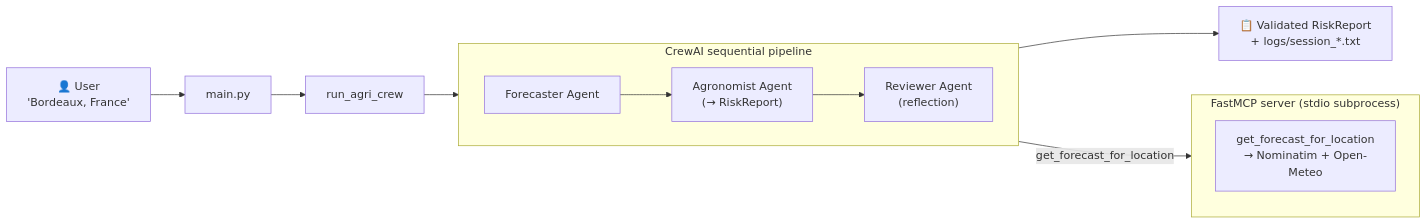
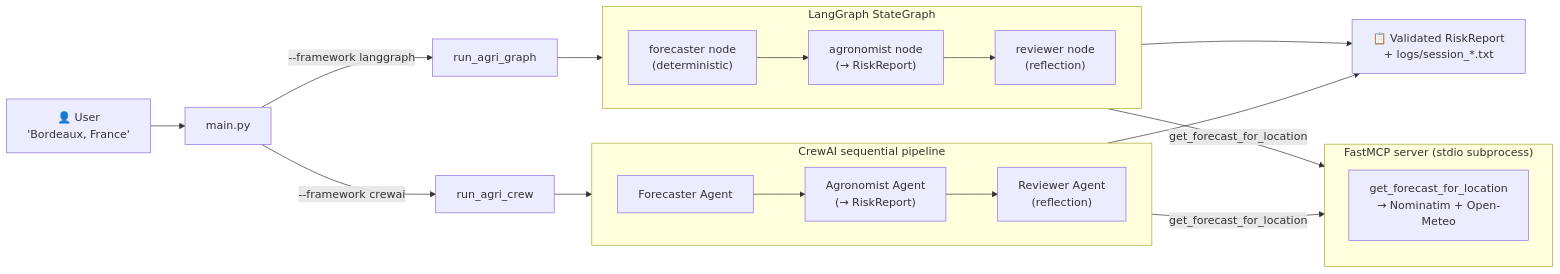
One commit to avishekanand18/weatherAgent changed the first of 2 diagrams in README.md. Above: the diagram before and after it, drawn with Mermaid. The commit also changed other lines of this file and 14 other files, not shown here.

````diff
--- a/README.md
+++ b/README.md
@@ -79,15 +87,23 @@
 ```mermaid
 flowchart LR
     U["👤 User<br/>'Bordeaux, France'"] --> M[main.py]
-    M --> R[run_agri_crew]
+    M -->|--framework crewai| RC[run_agri_crew]
+    M -->|--framework langgraph| RL[run_agri_graph]
     subgraph CREW["CrewAI sequential pipeline"]
         direction LR
-        F["Forecaster Agent"] --> A["Agronomist Agent<br/>(→ RiskReport)"] --> RV["Reviewer Agent<br/>(reflection)"]
+        F1["Forecaster Agent"] --> A1["Agronomist Agent<br/>(→ RiskReport)"] --> RV1["Reviewer Agent<br/>(reflection)"]
     end
-    R --> CREW
-    F -- get_forecast_for_location --> SRV
+    subgraph LG["LangGraph StateGraph"]
+        direction LR
+        F2["forecaster node<br/>(deterministic)"] --> A2["agronomist node<br/>(→ RiskReport)"] --> RV2["reviewer node<br/>(reflection)"]
+    end
+    RC --> CREW
+    RL --> LG
+    F1 -- get_forecast_for_location --> SRV
+    F2 -- get_forecast_for_location --> SRV
     subgraph SRV["FastMCP server (stdio subprocess)"]
         T1["get_forecast_for_location<br/>→ Nominatim + Open-Meteo"]
     end
-    RV --> OUT["📋 Validated RiskReport<br/>+ logs/session_*.txt"]
+    RV1 --> OUT["📋 Validated RiskReport<br/>+ logs/session_*.txt"]
+    RV2 --> OUT
 ```
````
